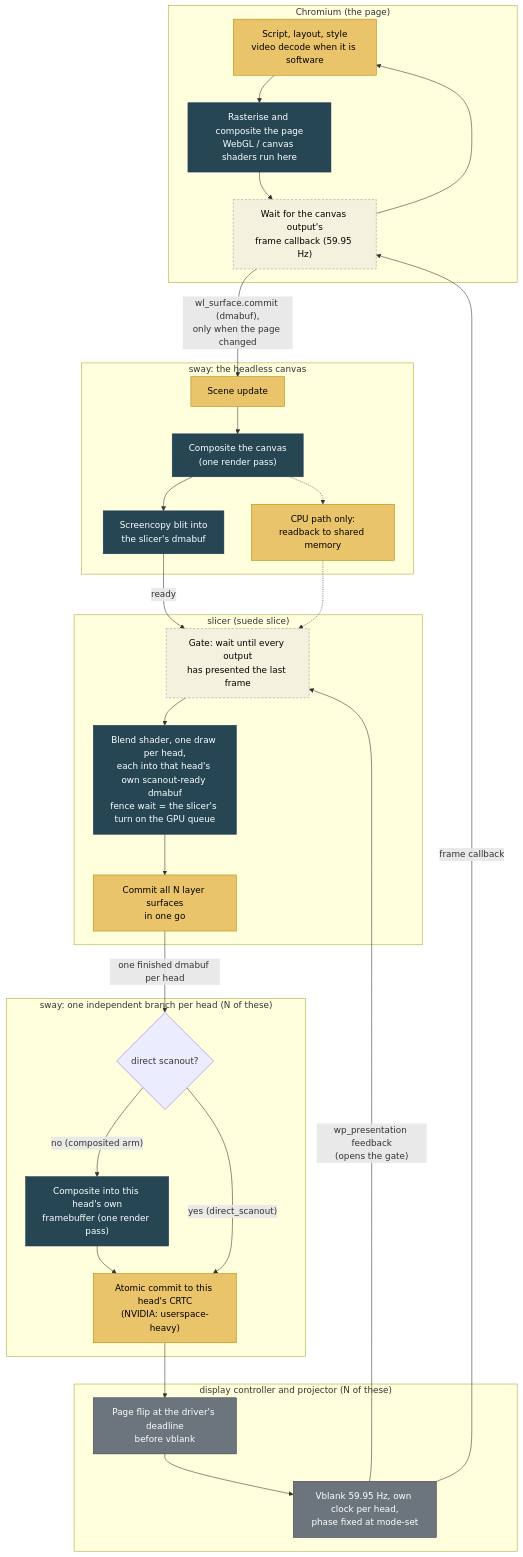
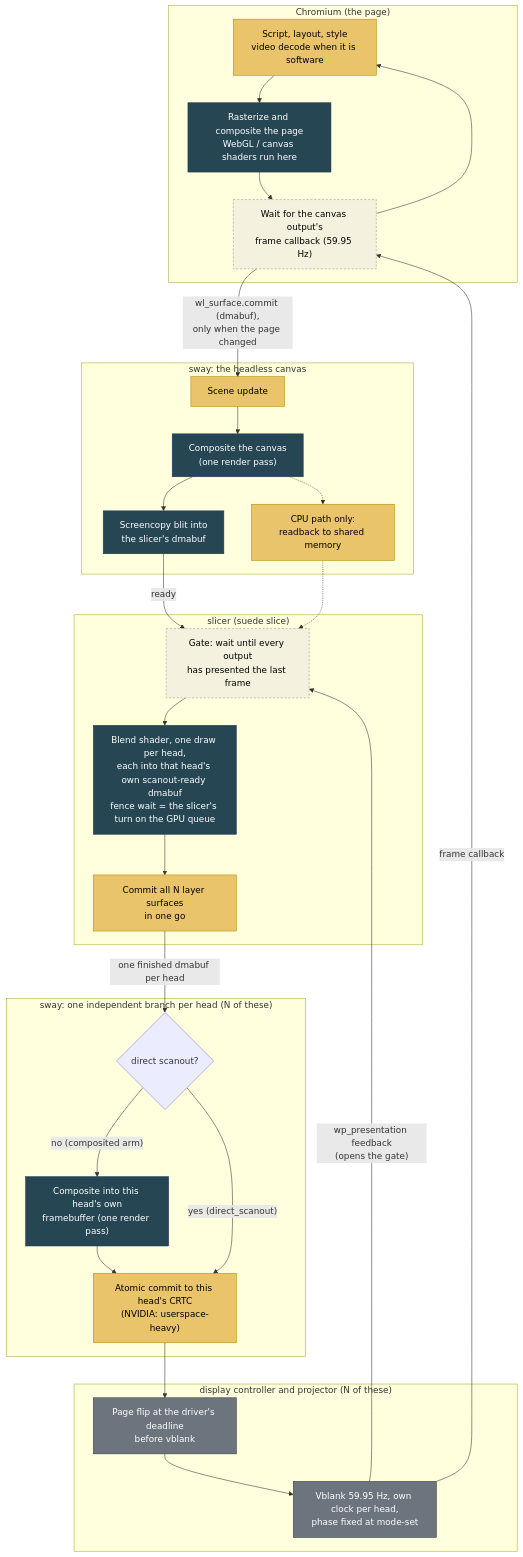
One commit to gameshowpro/Suede changed the first of 2 diagrams in docs/how-it-works.md. Above: the diagram before and after it, drawn with Mermaid. The commit also changed other lines of this file and 78 other files, not shown here.

````diff
--- a/docs/how-it-works.md
+++ b/docs/how-it-works.md
@@ -50,52 +61,52 @@
 ```mermaid
 flowchart TB
     classDef gpu fill:#264653,color:#fff,stroke:#1d3557
     classDef cpu fill:#e9c46a,color:#000,stroke:#b08900
     classDef wait fill:#f4f1de,color:#000,stroke:#999,stroke-dasharray: 4 3
     classDef hw fill:#6c757d,color:#fff,stroke:#343a40
 
     subgraph page ["Chromium (the page)"]
         JS["Script, layout, style<br/>video decode when it is software"]:::cpu
-        RAST["Rasterise and composite the page<br/>WebGL / canvas shaders run here"]:::gpu
+        RAST["Rasterize and composite the page<br/>WebGL / canvas shaders run here"]:::gpu
         FC["Wait for the canvas output's<br/>frame callback (59.95 Hz)"]:::wait
         JS --> RAST --> FC --> JS
     end
 
     subgraph sway1 ["sway: the headless canvas"]
         SC["Scene update"]:::cpu
         COMP["Composite the canvas<br/>(one render pass)"]:::gpu
         CAP["Screencopy blit into<br/>the slicer's dmabuf"]:::gpu
         CAPCPU["CPU path only:<br/>readback to shared memory"]:::cpu
         SC --> COMP --> CAP
         COMP -.-> CAPCPU
     end
 
     subgraph slicer ["slicer (suede slice)"]
         GATE["Gate: wait until every output<br/>has presented the last frame"]:::wait
         BLEND["Blend shader, one draw per head,<br/>each into that head's own scanout-ready dmabuf<br/>fence wait = the slicer's turn on the GPU queue"]:::gpu
         COMMIT["Commit all N layer surfaces<br/>in one go"]:::cpu
         GATE --> BLEND --> COMMIT
     end
 
     subgraph sway2 ["sway: one independent branch per head (N of these)"]
         DS{"direct scanout?"}
         OCOMP["Composite into this head's own<br/>framebuffer (one render pass)"]:::gpu
         KMS["Atomic commit to this head's CRTC<br/>(NVIDIA: userspace-heavy)"]:::cpu
         DS -- "no (composited arm)" --> OCOMP --> KMS
         DS -- "yes (direct_scanout)" --> KMS
     end
 
     subgraph hw ["display controller and projector (N of these)"]
         FLIP["Page flip at the driver's deadline<br/>before vblank"]:::hw
         VB["Vblank 59.95 Hz, own clock per head,<br/>phase fixed at mode-set"]:::hw
         FLIP --> VB
     end
 
     FC -- "wl_surface.commit (dmabuf),<br/>only when the page changed" --> SC
     CAP -- "ready" --> GATE
     CAPCPU -.-> GATE
     COMMIT -- "one finished dmabuf per head" --> DS
     KMS --> FLIP
     VB -- "wp_presentation feedback<br/>(opens the gate)" --> GATE
     VB -- "frame callback" --> FC
 ```
````
